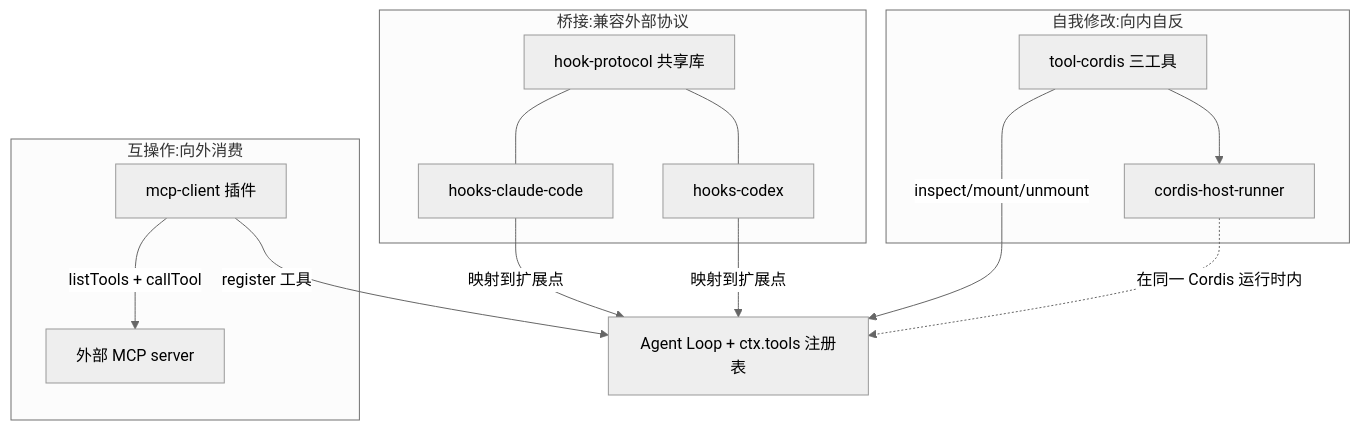
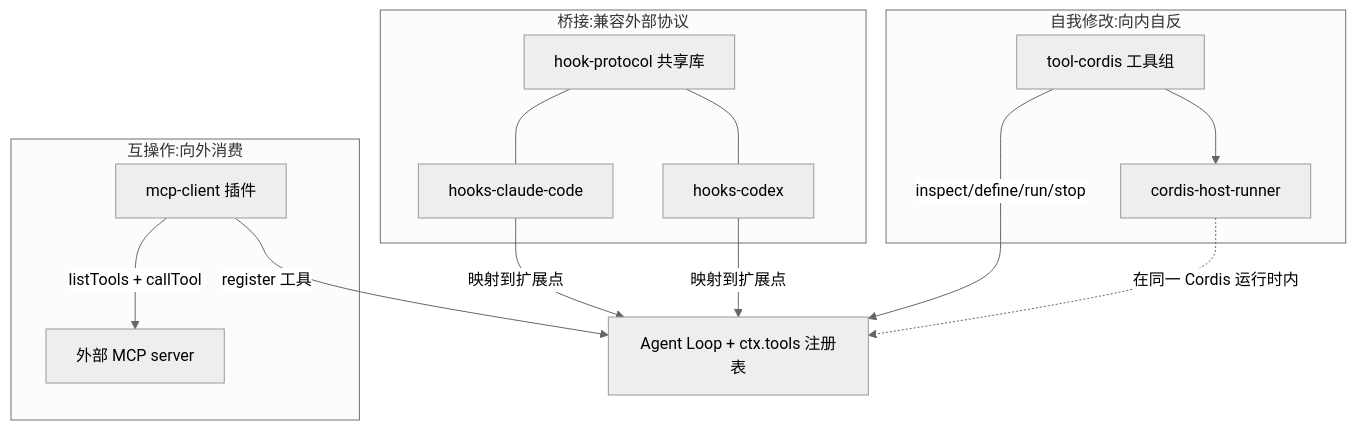
Before and after one commit to xiaonancs/deepseek-harness-deep-dive: the first of 4 diagrams in Part II Source Analysis/18-互操作与自我修改.md, drawn with Mermaid. The commit also changed other lines of this file and 34 other files, not shown here.

````diff
--- a/Part II Source Analysis/18-互操作与自我修改.md
+++ b/Part II Source Analysis/18-互操作与自我修改.md
@@ -9,27 +9,27 @@
 ```mermaid
 %%{init: {'theme':'neutral'}}%%
 flowchart TD
   Loop["Agent Loop + ctx.tools 注册表"]
   subgraph Interop["互操作:向外消费"]
     MCP["mcp-client 插件"]
     Ext1["外部 MCP server"]
     MCP -->|listTools + callTool| Ext1
   end
   subgraph Bridge["桥接:兼容外部协议"]
     HP["hook-protocol 共享库"]
     CC["hooks-claude-code"]
     CX["hooks-codex"]
     HP --- CC
     HP --- CX
   end
   subgraph Self["自我修改:向内自反"]
-    Tool["tool-cordis 三工具"]
+    Tool["tool-cordis 工具组"]
     Host["cordis-host-runner"]
     Tool --> Host
   end
   MCP -->|register 工具| Loop
   CC -->|映射到扩展点| Loop
   CX -->|映射到扩展点| Loop
-  Tool -->|inspect/mount/unmount| Loop
+  Tool -->|inspect/define/run/stop| Loop
   Host -.在同一 Cordis 运行时内.-> Loop
 ```
````
